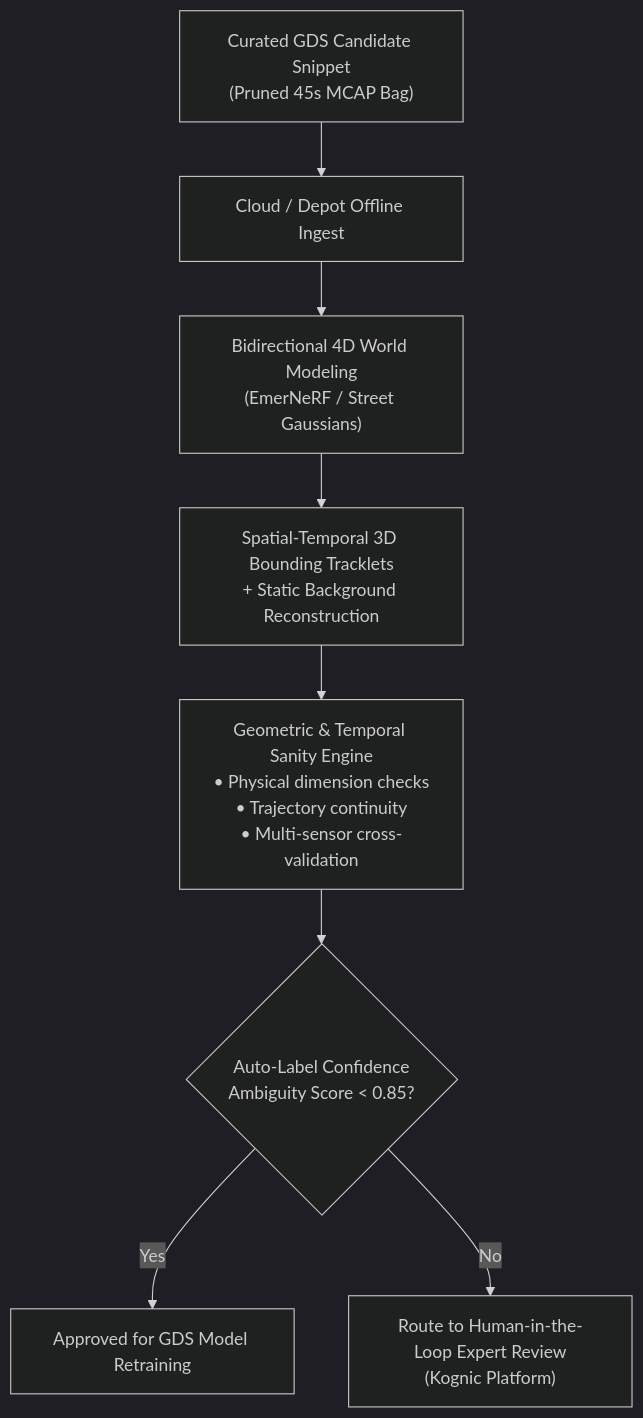
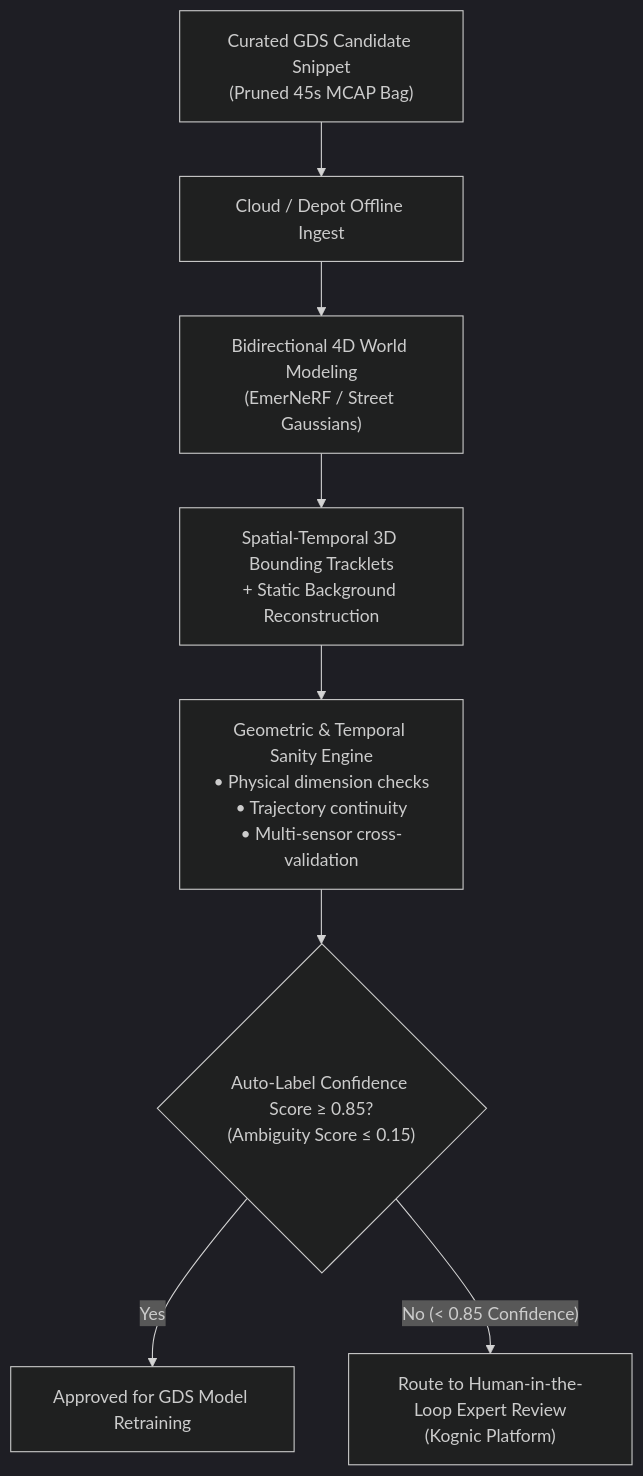
The first of 2 diagrams in docs/05_commercial_landscape_and_roadmap.md (johwes/edge-data), drawn with Mermaid (dark theme) before and after one commit. The commit also changed other lines of this file and 1 other file, not shown here.

Commit message:
Update commercial landscape, auto-labeling logic, roadmap, and master overview

````diff
--- a/docs/05_commercial_landscape_and_roadmap.md
+++ b/docs/05_commercial_landscape_and_roadmap.md
@@ -14,11 +14,11 @@
 ```mermaid
 flowchart TD
     Candidate["Curated GDS Candidate Snippet<br>(Pruned 45s MCAP Bag)"] --> Ingest["Cloud / Depot Offline Ingest"]
     Ingest --> NeRF["Bidirectional 4D World Modeling<br>(EmerNeRF / Street Gaussians)"]
     NeRF --> AutoTrack["Spatial-Temporal 3D Bounding Tracklets<br>+ Static Background Reconstruction"]
     AutoTrack --> Sanity["Geometric & Temporal Sanity Engine<br>• Physical dimension checks<br>• Trajectory continuity<br>• Multi-sensor cross-validation"]
     
-    Sanity --> ConfidenceCheck{"Auto-Label Confidence<br>Ambiguity Score < 0.85?"}
+    Sanity --> ConfidenceCheck{"Auto-Label Confidence Score ≥ 0.85?<br>(Ambiguity Score ≤ 0.15)"}
     ConfidenceCheck -- Yes --> Approved["Approved for GDS Model Retraining"]
-    ConfidenceCheck -- No --> HITL["Route to Human-in-the-Loop Expert Review<br>(Kognic Platform)"]
+    ConfidenceCheck -- No (< 0.85 Confidence) --> HITL["Route to Human-in-the-Loop Expert Review<br>(Kognic Platform)"]
 ```
````
